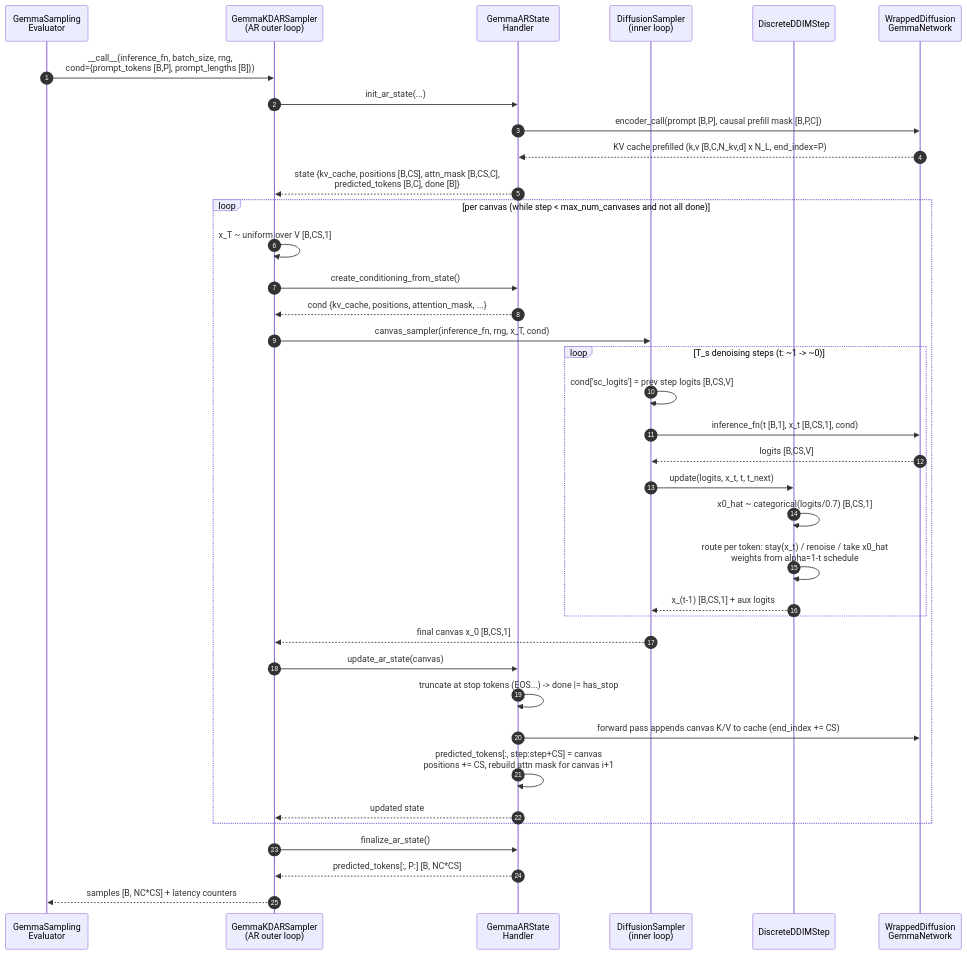
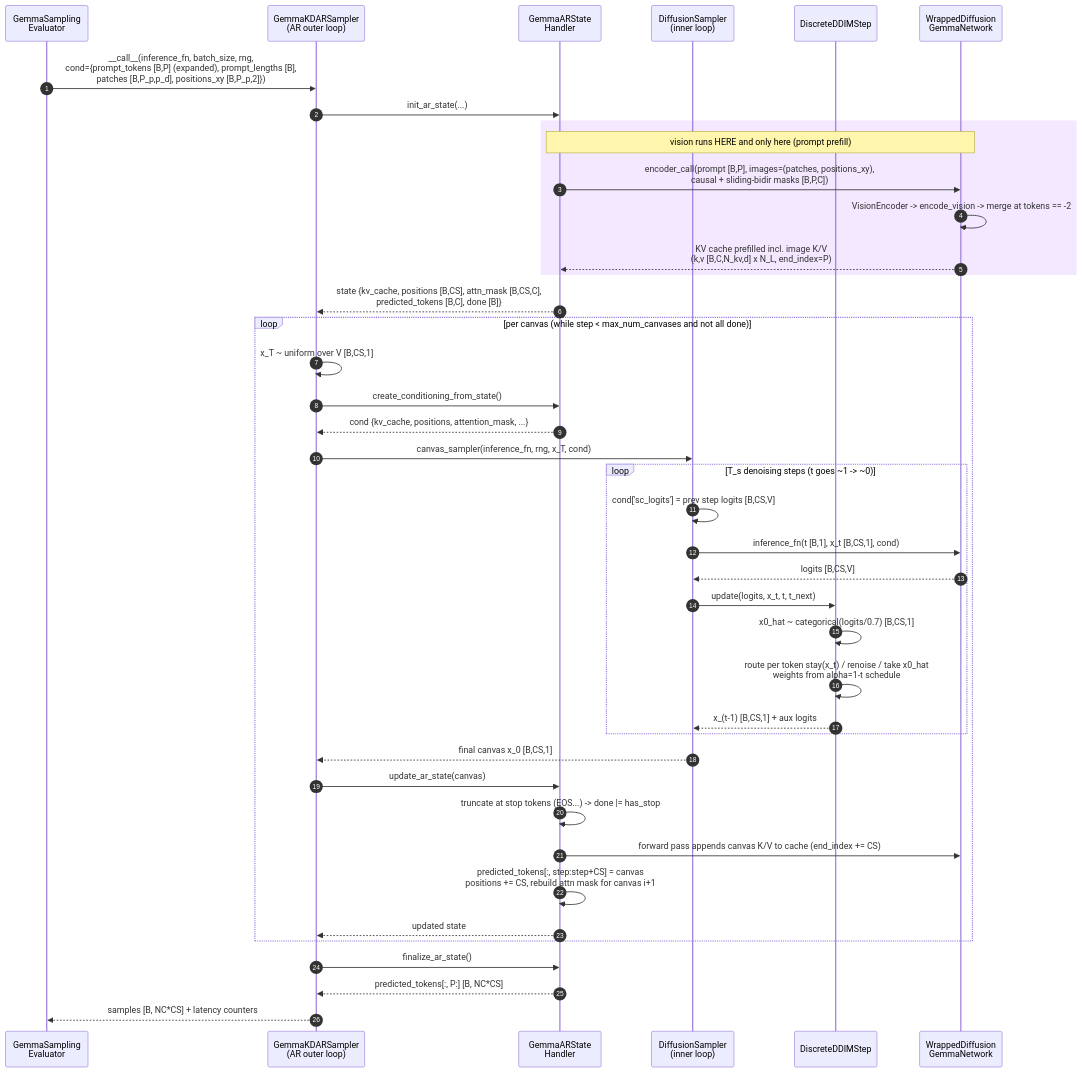
One commit to xinshengqin/gemma changed the diagram in docs/add-visual-inputs/mmd/seq-inference.mmd. Above: the diagram before and after it, drawn with Mermaid. The commit also changed 13 other files, not shown here.

```diff
--- a/docs/add-visual-inputs/mmd/seq-inference.mmd
+++ b/docs/add-visual-inputs/mmd/seq-inference.mmd
@@ -1,42 +1,44 @@
 %% Inference sequence — AR diffusion sampling (one eval batch)
 %% C = cache_length = P + NC*CS. T_s = num denoising steps (32/64/96).
+%% Purple rect = the only region vision touches (prompt prefill).
 sequenceDiagram
     autonumber
     participant EV as GemmaSampling<br/>Evaluator
     participant AR as GemmaKDARSampler<br/>(AR outer loop)
     participant SH as GemmaARState<br/>Handler
     participant DS as DiffusionSampler<br/>(inner loop)
     participant ST as DiscreteDDIMStep
     participant G as WrappedDiffusion<br/>GemmaNetwork
-
-    EV->>AR: __call__(inference_fn, batch_size, rng,<br/>cond={prompt_tokens [B,P], prompt_lengths [B]})
+    EV->>AR: __call__(inference_fn, batch_size, rng,<br/>cond={prompt_tokens [B,P] (expanded), prompt_lengths [B],<br/>patches [B,P_p,p_d], positions_xy [B,P_p,2]})
     AR->>SH: init_ar_state(...)
-    SH->>G: encoder_call(prompt [B,P], causal prefill mask [B,P,C])
-    G-->>SH: KV cache prefilled (k,v [B,C,N_kv,d] x N_L, end_index=P)
+    rect rgb(243, 232, 255)
+    note over SH,G: vision runs HERE and only here (prompt prefill)
+    SH->>G: encoder_call(prompt [B,P], images=(patches, positions_xy),<br/>causal + sliding-bidir masks [B,P,C])
+    G->>G: VisionEncoder -> encode_vision -> merge at tokens == -2
+    G-->>SH: KV cache prefilled incl. image K/V<br/>(k,v [B,C,N_kv,d] x N_L, end_index=P)
+    end
     SH-->>AR: state {kv_cache, positions [B,CS], attn_mask [B,CS,C],<br/>predicted_tokens [B,C], done [B]}
-
     loop per canvas (while step < max_num_canvases and not all done)
         AR->>AR: x_T ~ uniform over V  [B,CS,1]
         AR->>SH: create_conditioning_from_state()
         SH-->>AR: cond {kv_cache, positions, attention_mask, ...}
         AR->>DS: canvas_sampler(inference_fn, rng, x_T, cond)
-        loop T_s denoising steps (t: ~1 -> ~0)
+        loop T_s denoising steps (t goes ~1 -> ~0)
             DS->>DS: cond['sc_logits'] = prev step logits [B,CS,V]
             DS->>G: inference_fn(t [B,1], x_t [B,CS,1], cond)
             G-->>DS: logits [B,CS,V]
             DS->>ST: update(logits, x_t, t, t_next)
             ST->>ST: x0_hat ~ categorical(logits/0.7) [B,CS,1]
-            ST->>ST: route per token: stay(x_t) / renoise / take x0_hat<br/>weights from alpha=1-t schedule
+            ST->>ST: route per token stay(x_t) / renoise / take x0_hat<br/>weights from alpha=1-t schedule
             ST-->>DS: x_(t-1) [B,CS,1] + aux logits
         end
         DS-->>AR: final canvas x_0 [B,CS,1]
         AR->>SH: update_ar_state(canvas)
         SH->>SH: truncate at stop tokens (EOS...) -> done |= has_stop
         SH->>G: forward pass appends canvas K/V to cache (end_index += CS)
         SH->>SH: predicted_tokens[:, step:step+CS] = canvas<br/>positions += CS, rebuild attn mask for canvas i+1
         SH-->>AR: updated state
     end
-
     AR->>SH: finalize_ar_state()
     SH-->>AR: predicted_tokens[:, P:]  [B, NC*CS]
     AR-->>EV: samples [B, NC*CS] + latency counters
```
